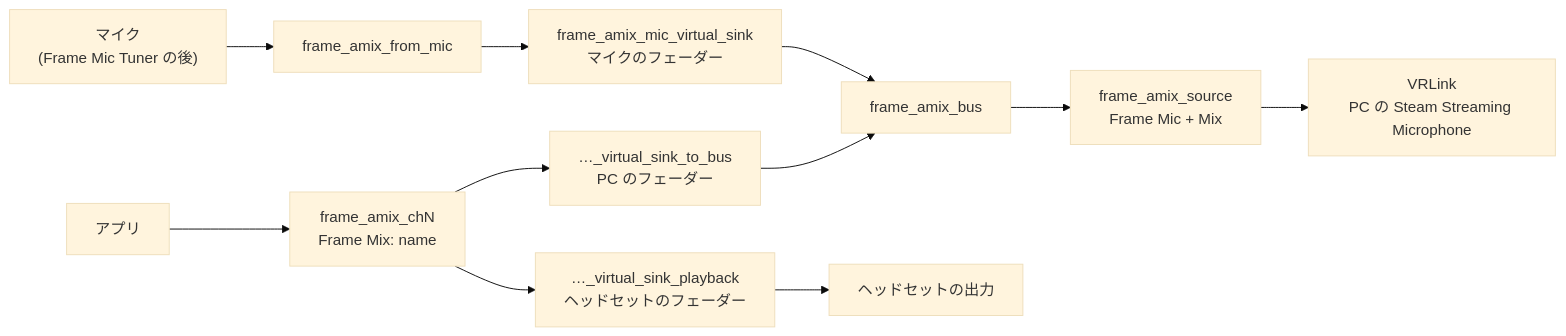
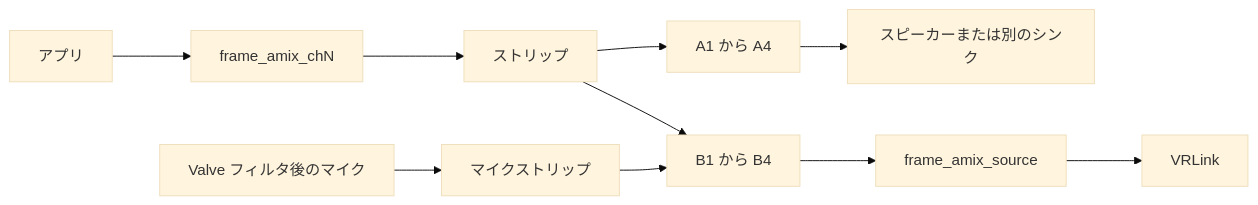
Before and after one commit to marcus-universe/frame-audio-mixer: the diagram in docs/how-it-works.ja.md, drawn with Mermaid (base theme). The commit also changed other lines of this file and 47 other files, not shown here.

````diff
--- a/docs/how-it-works.ja.md
+++ b/docs/how-it-works.ja.md
@@ -7,11 +7,12 @@
 ```mermaid
 flowchart LR
-    mic["マイク<br/>(Frame Mic Tuner の後)"] --> from_mic[frame_amix_from_mic]
-    from_mic --> mic_fader["frame_amix_mic_virtual_sink<br/>マイクのフェーダー"]
-    mic_fader --> bus[frame_amix_bus]
-    app["アプリ"] --> sink["frame_amix_chN<br/>Frame Mix: name"]
-    sink --> phones["…_virtual_sink_playback<br/>ヘッドセットのフェーダー"] --> out["ヘッドセットの出力"]
-    sink --> to_bus["…_virtual_sink_to_bus<br/>PC のフェーダー"] --> bus
-    bus --> source["frame_amix_source<br/>Frame Mic + Mix"]
-    source --> vrlink["VRLink<br/>PC の Steam Streaming Microphone"]
+  appA[アプリ] --> chSink["frame_amix_chN"]
+  micSrc["Valve フィルタ後のマイク"] --> micStrip["マイクストリップ"]
+  chSink --> chStrip["ストリップ"]
+  chStrip --> busA["A1 から A4"]
+  chStrip --> busB["B1 から B4"]
+  micStrip --> busB
+  busA --> speakers["スピーカーまたは別のシンク"]
+  busB --> frameMix["frame_amix_source"]
+  frameMix --> vrlink["VRLink"]
 ```
````
